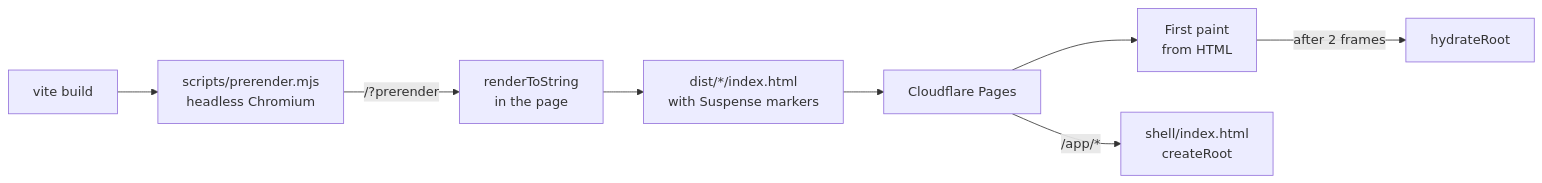
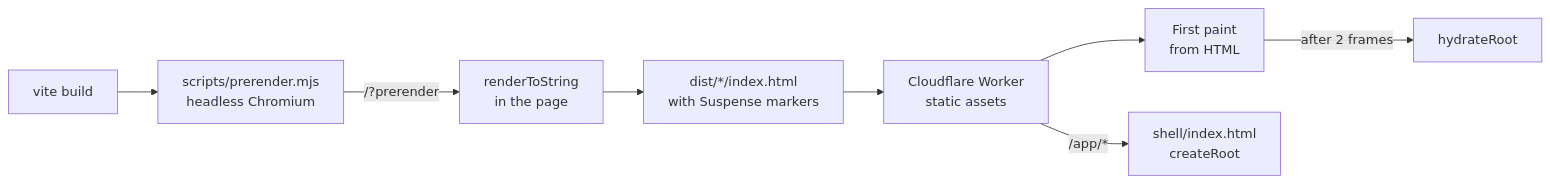
One commit to emwil23/taskpilot changed the fourth of 4 diagrams in README.md. Above: the diagram before and after it, drawn with Mermaid. The commit also changed other lines of this file and 2 other files, not shown here.

````diff
--- a/README.md
+++ b/README.md
@@ -114,10 +114,10 @@
 ```mermaid
 flowchart LR
     B[vite build] --> PR[scripts/prerender.mjs<br/>headless Chromium]
     PR -->|"/?prerender"| RS[renderToString<br/>in the page]
     RS --> H[dist/*/index.html<br/>with Suspense markers]
-    H --> CF[Cloudflare Pages]
+    H --> CF[Cloudflare Worker<br/>static assets]
     CF --> FP[First paint<br/>from HTML]
     FP -->|after 2 frames| HY[hydrateRoot]
     CF -->|"/app/*"| SH[shell/index.html<br/>createRoot]
 ```
````
